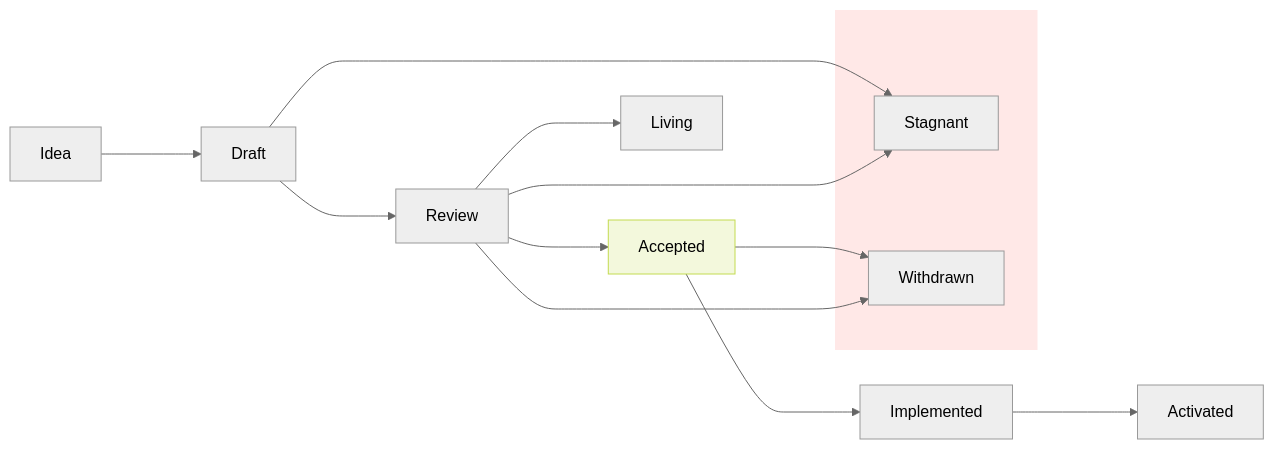
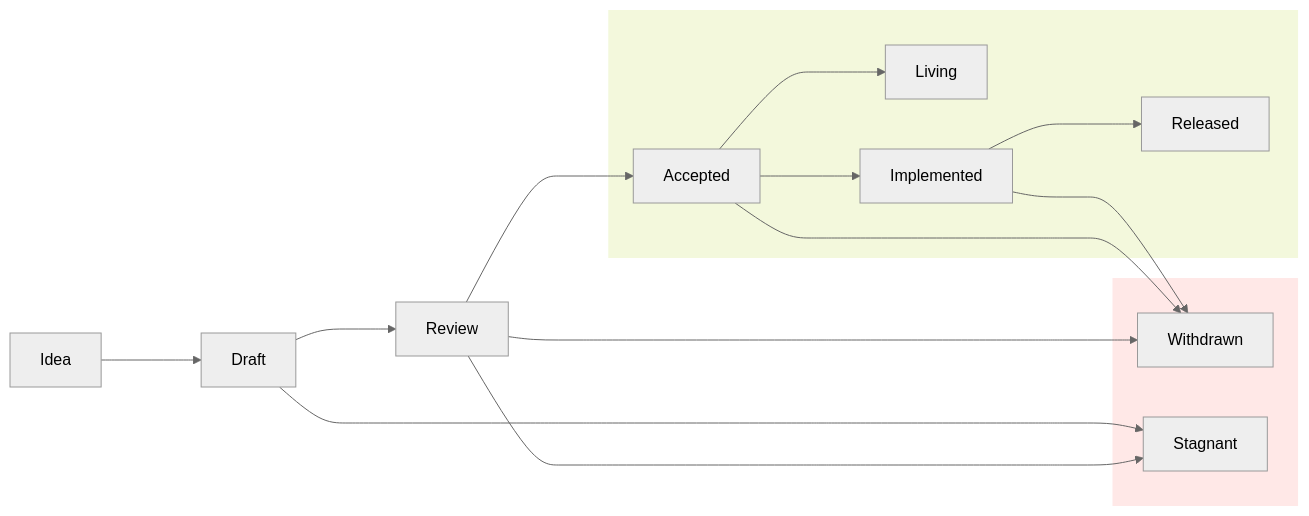
One commit to storyprotocol/SIPs changed the diagram in proposals/0001-sip-process.md. Above: the diagram before and after it, drawn with Mermaid (neutral theme). The commit also changed other lines of this file and 2 other files, not shown here.

````diff
--- a/proposals/0001-sip-process.md
+++ b/proposals/0001-sip-process.md
@@ -89,27 +52,37 @@
 ```mermaid
 flowchart LR
   Idea
   Draft
   Review
   Accepted
-
-  subgraph fail[&nbsp];
-    Stagnant
-    Withdrawn
-  end
-
-  style fail fill:#ffe8e7,stroke:none
-  style Accepted fill:#f3f8dc,stroke:#c3db50;
+  Living
 
   Idea ---> Draft;
   Draft ---> Review;
   Review ---> Accepted;
   Accepted ---> Implemented;
-  Implemented ---> Activated;
-  Review ---> Living;
+  Accepted ---> Living;
+  Implemented ---> Released;
+  Implemented ---> Withdrawn;
   Accepted ---> Withdrawn;
 
   Draft ---> Stagnant;
   Review ---> Stagnant;
   Review ---> Withdrawn;
+
+  style success fill:#f3f8dc,stroke:none;
+  
+  subgraph success[&nbsp;];
+    Accepted
+    Living
+    Implemented
+    Released
+  end
+  
+  subgraph fail[&nbsp;];
+    Withdrawn
+    Stagnant
+  end
+
+  style fail fill:#ffe8e7,stroke:none
 ```
````
